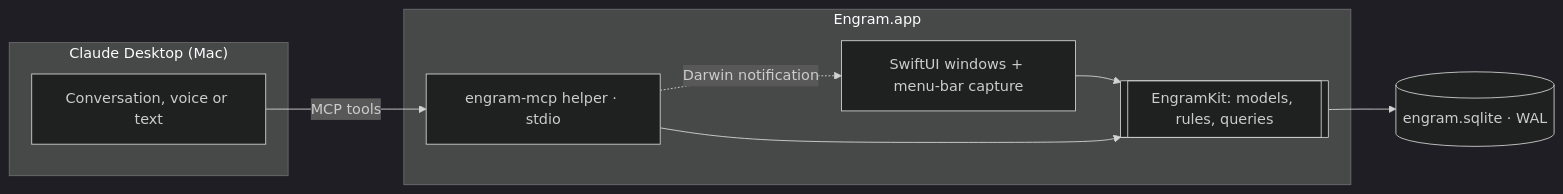
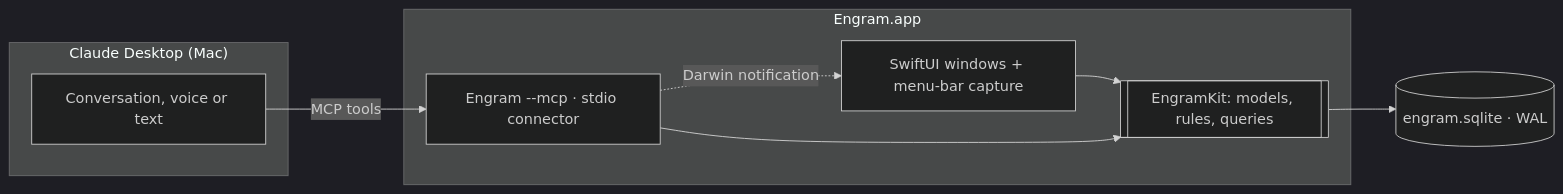
The first of 2 diagrams in docs/SPEC.md (m4rkellkka/second-brain-Engram), drawn with Mermaid (dark theme) before and after one commit. The commit also changed other lines of this file, not shown here.

First line of the commit message:
docs: settle the phase 7 connector design in the spec

````diff
--- a/docs/SPEC.md
+++ b/docs/SPEC.md
@@ -36,17 +36,17 @@
 ```mermaid
 flowchart LR
   subgraph Claude["Claude Desktop (Mac)"]
     CHAT[Conversation, voice or text]
   end
   subgraph App["Engram.app"]
     UI[SwiftUI windows + menu-bar capture]
-    MCP[engram-mcp helper · stdio]
+    MCP[Engram --mcp · stdio connector]
     KIT[[EngramKit: models, rules, queries]]
   end
   DB[(engram.sqlite · WAL)]
   CHAT -- MCP tools --> MCP
   UI --> KIT
   MCP --> KIT
   KIT --> DB
   MCP -. Darwin notification .-> UI
 ```
````
